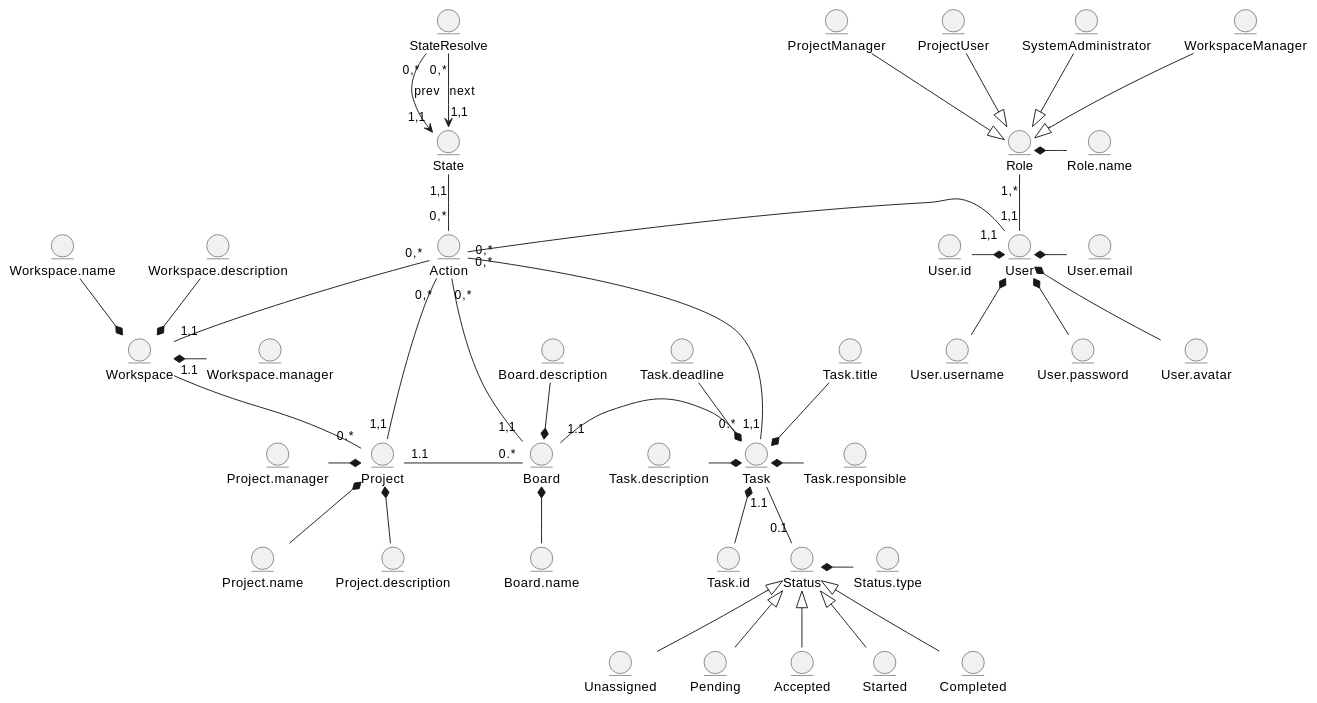
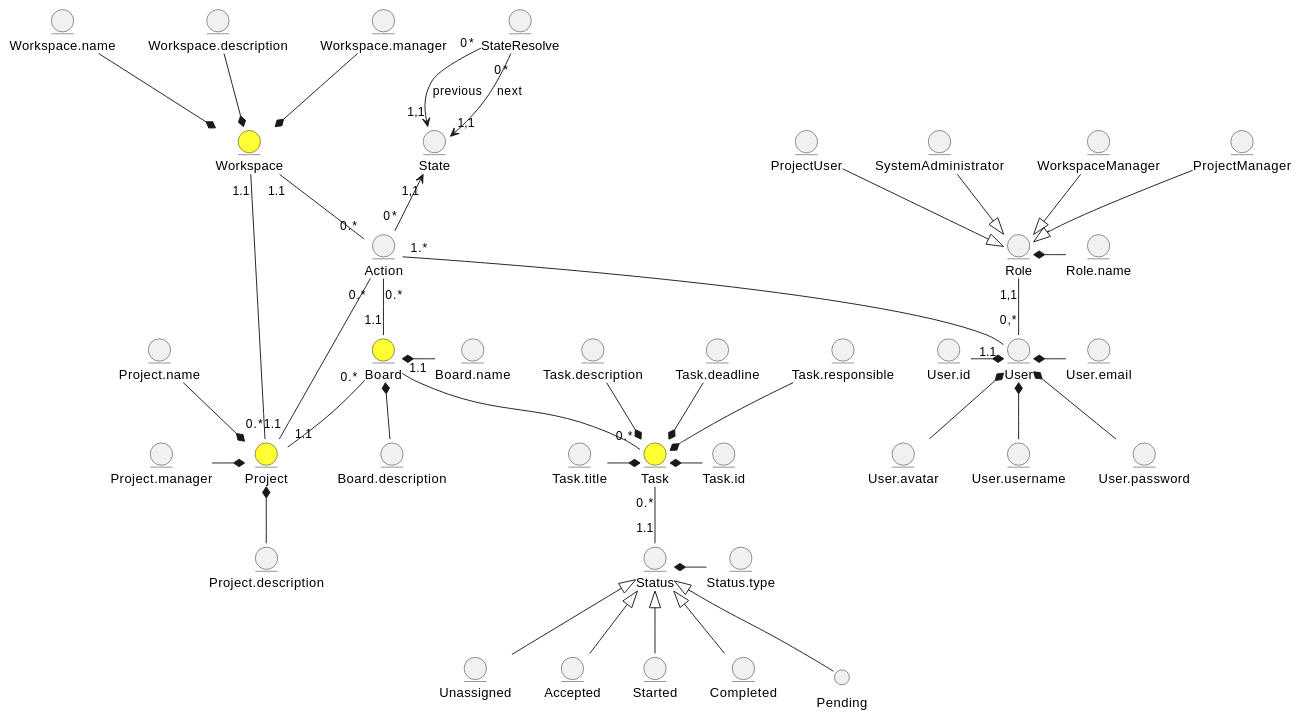
One commit to edu-db/edu_db_labs changed the first of 2 diagrams in docs/design/README.md. Above: the diagram before and after it, drawn with PlantUML. The commit also changed other lines of this file and 1 other file, not shown here.

```diff
--- a/docs/design/README.md
+++ b/docs/design/README.md
@@ -22,7 +22,7 @@
 entity Role
 entity Role.name
 
-Role "1,*" -d- "1,1" User
+Role "1,1" -d- "0,*" User
 
 entity SystemAdministrator
 entity WorkspaceManager
@@ -35,47 +35,47 @@
 ProjectUser -d-|> Role
 Role.name -l-* Role
 
-entity Workspace
+entity Workspace #ffff33
 entity Workspace.name
 entity Workspace.description
 entity Workspace.manager
 
 Workspace.name -d-* Workspace
 Workspace.description -d-* Workspace
-Workspace.manager -l-* Workspace
+Workspace.manager -d-* Workspace
 
-entity Project
+entity Project #ffff33
 entity Project.name
 entity Project.description
 entity Project.manager
 
-Project.name -u-* Project
+Project.name -d-* Project
 Project.description -u-* Project
 Project.manager -r-* Project
 
-entity Board
+entity Board #ffff33
 entity Board.name
 entity Board.description
 
-Board.name -u-* Board
-Board.description -d-* Board
+Board.name -l-* Board
+Board.description -u-* Board
 
-entity Task
+entity Task #ffff33
 entity Task.id
 entity Task.title
 entity Task.description
 entity Task.deadline
 entity Task.responsible
 
-Task.id -u-* Task
-Task.title -d-* Task
-Task.description -r-* Task
-Task.deadline -d-* Task
-Task.responsible -l-* Task
+Task.id -l-* Task
+Task.title -r-* Task
+Task.description --* Task
+Task.deadline --* Task
+Task.responsible --* Task
 
-Task "0.*" -l- "1.1" Board
+Task "0.*" -u- "1.1" Board
 
-Board "0.*" -l- "1.1" Project
+Board "0.*" -- "1.1" Project
 
 Project "0.*" -u- "1.1" Workspace
 
@@ -83,7 +83,6 @@
 entity Status.type
 
 entity Unassigned
-entity Pending
 entity Accepted
 entity Started
 entity Completed
@@ -96,21 +95,19 @@
 
 Status.type -l-* Status
 
-Task "1.1" -d- "0.1" Status
+Task "0.*" -d- "1.1" Status
 
 entity Action
 entity State
-
-Action "0,*" -r-  "1,1" User
-Action "0,*" -d-  "1,1" Workspace
-Action "0,*" -l-  "1,1" Project
-Action "0,*" -d-  "1,1" Board
-Action "0,*" -u-  "1,1" Task
-Action "0,*" -u-  "1,1" State
-
 entity StateResolve
 
-StateResolve "0,*" -d->  "1,1" State :prev
-StateResolve "0,*" -d->  "1,1" State :next
+Action "1.*" -- "1.1" User
+Action "0.*" -u- "1.1" Workspace
+Action "0.*" -l- "1.1" Project
+Action "0.*" -- "1.1" Board
+
+Action "0*" -u-> "1,1" State
+StateResolve "0*" --> "1,1" State :previous
+StateResolve "0*" --> "1,1" State :next
 
 @enduml
```
